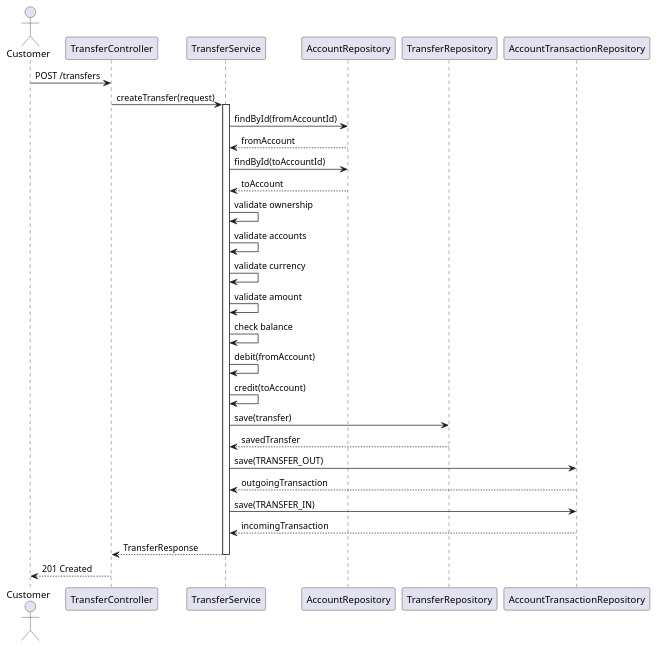
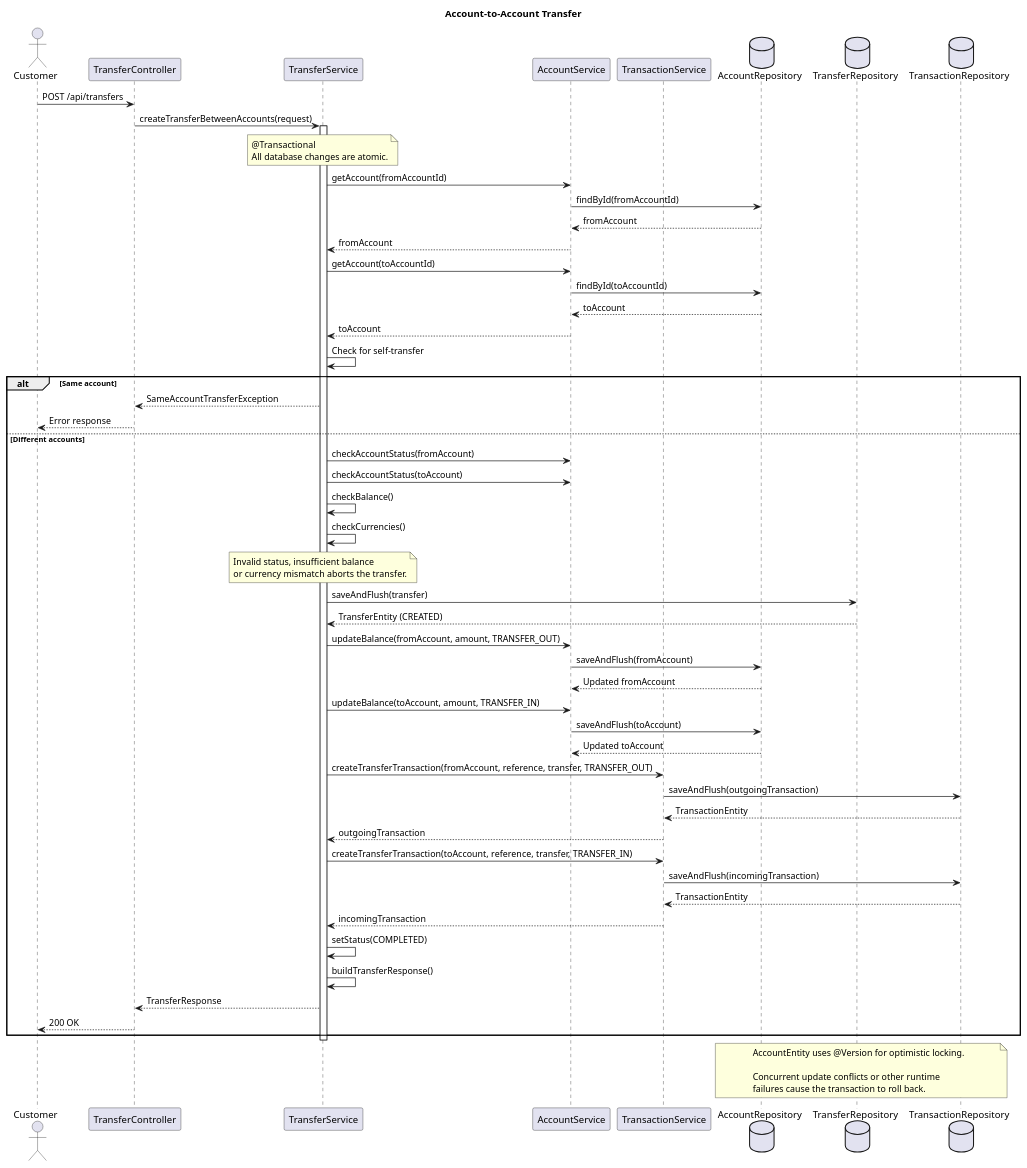
The diagram in docs/sequence/postTransfer.puml (Dare2510/Digital-Banking-API), drawn with PlantUML before and after one commit. The commit also changed other lines of this file and 17 other files, not shown here.

```diff
--- a/docs/sequence/postTransfer.puml
+++ b/docs/sequence/postTransfer.puml
@@ -1,45 +2,90 @@
 @startuml
+
+title Account-to-Account Transfer
 
 actor Customer
 participant TransferController
 participant TransferService
-participant AccountRepository
-participant TransferRepository
-participant AccountTransactionRepository
+participant AccountService
+participant TransactionService
+database AccountRepository
+database TransferRepository
+database TransactionRepository
 
-Customer -> TransferController : POST /transfers
-TransferController -> TransferService : createTransfer(request)
+Customer -> TransferController : POST /api/transfers
+TransferController -> TransferService : createTransferBetweenAccounts(request)
 
 activate TransferService
 
-TransferService -> AccountRepository : findById(fromAccountId)
-AccountRepository --> TransferService : fromAccount
+note over TransferService
+    @Transactional
+    All database changes are atomic.
+end note
 
-TransferService -> AccountRepository : findById(toAccountId)
-AccountRepository --> TransferService : toAccount
+TransferService -> AccountService : getAccount(fromAccountId)
+AccountService -> AccountRepository : findById(fromAccountId)
+AccountRepository --> AccountService : fromAccount
+AccountService --> TransferService : fromAccount
 
-TransferService -> TransferService : validate ownership
-TransferService -> TransferService : validate accounts
-TransferService -> TransferService : validate currency
-TransferService -> TransferService : validate amount
-TransferService -> TransferService : check balance
+TransferService -> AccountService : getAccount(toAccountId)
+AccountService -> AccountRepository : findById(toAccountId)
+AccountRepository --> AccountService : toAccount
+AccountService --> TransferService : toAccount
 
-TransferService -> TransferService : debit(fromAccount)
-TransferService -> TransferService : credit(toAccount)
+TransferService -> TransferService : Check for self-transfer
 
-TransferService -> TransferRepository : save(transfer)
-TransferRepository --> TransferService : savedTransfer
+alt Same account
+    TransferService --> TransferController : SameAccountTransferException
+    TransferController --> Customer : Error response
+else Different accounts
 
-TransferService -> AccountTransactionRepository : save(TRANSFER_OUT)
-AccountTransactionRepository --> TransferService : outgoingTransaction
+    TransferService -> AccountService : checkAccountStatus(fromAccount)
+    TransferService -> AccountService : checkAccountStatus(toAccount)
 
-TransferService -> AccountTransactionRepository : save(TRANSFER_IN)
-AccountTransactionRepository --> TransferService : incomingTransaction
+    TransferService -> TransferService : checkBalance()
+    TransferService -> TransferService : checkCurrencies()
 
-TransferService --> TransferController : TransferResponse
+    note over TransferService
+        Invalid status, insufficient balance
+        or currency mismatch aborts the transfer.
+    end note
+
+    TransferService -> TransferRepository : saveAndFlush(transfer)
+    TransferRepository --> TransferService : TransferEntity (CREATED)
+
+    TransferService -> AccountService : updateBalance(fromAccount, amount, TRANSFER_OUT)
+    AccountService -> AccountRepository : saveAndFlush(fromAccount)
+    AccountRepository --> AccountService : Updated fromAccount
+
+    TransferService -> AccountService : updateBalance(toAccount, amount, TRANSFER_IN)
+    AccountService -> AccountRepository : saveAndFlush(toAccount)
+    AccountRepository --> AccountService : Updated toAccount
+
+    TransferService -> TransactionService : createTransferTransaction(fromAccount, reference, transfer, TRANSFER_OUT)
+    TransactionService -> TransactionRepository : saveAndFlush(outgoingTransaction)
+    TransactionRepository --> TransactionService : TransactionEntity
+    TransactionService --> TransferService : outgoingTransaction
+
+    TransferService -> TransactionService : createTransferTransaction(toAccount, reference, transfer, TRANSFER_IN)
+    TransactionService -> TransactionRepository : saveAndFlush(incomingTransaction)
+    TransactionRepository --> TransactionService : TransactionEntity
+    TransactionService --> TransferService : incomingTransaction
+
+    TransferService -> TransferService : setStatus(COMPLETED)
+    TransferService -> TransferService : buildTransferResponse()
+
+    TransferService --> TransferController : TransferResponse
+    TransferController --> Customer : 200 OK
+
+end
 
 deactivate TransferService
 
-TransferController --> Customer : 201 Created
+note over AccountRepository, TransactionRepository
+    AccountEntity uses @Version for optimistic locking.
+
+    Concurrent update conflicts or other runtime
+    failures cause the transaction to roll back.
+end note
 
 @enduml
```
